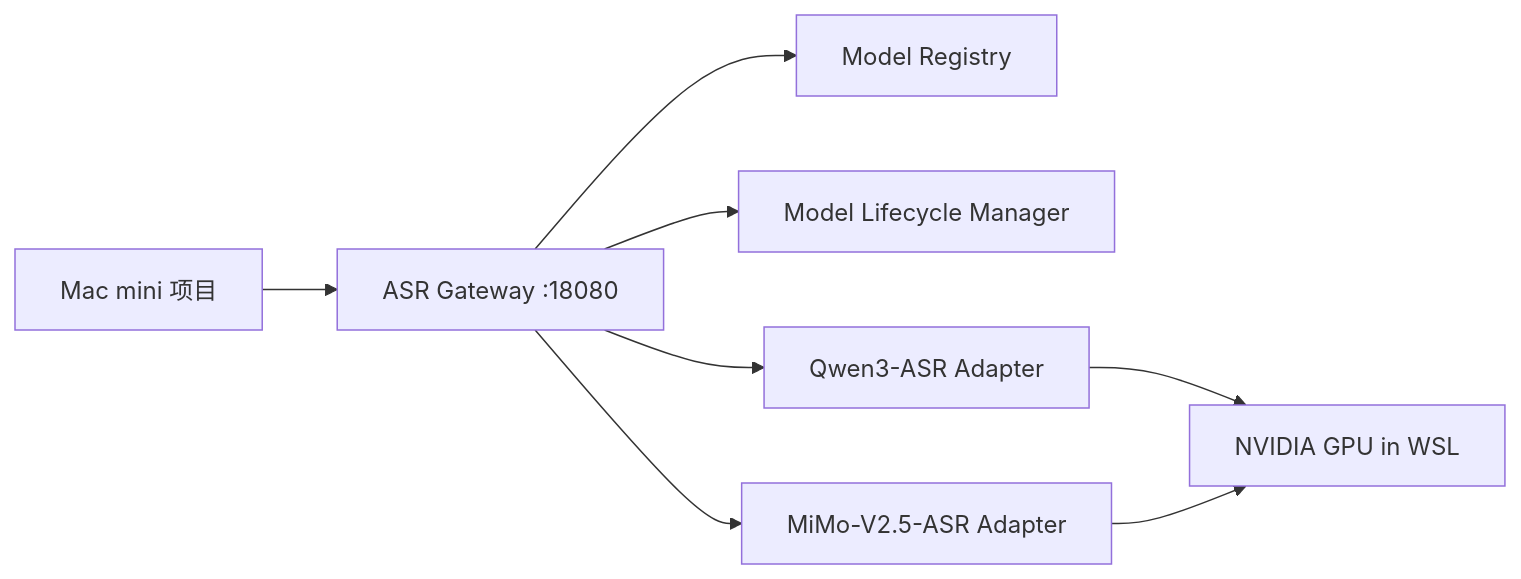
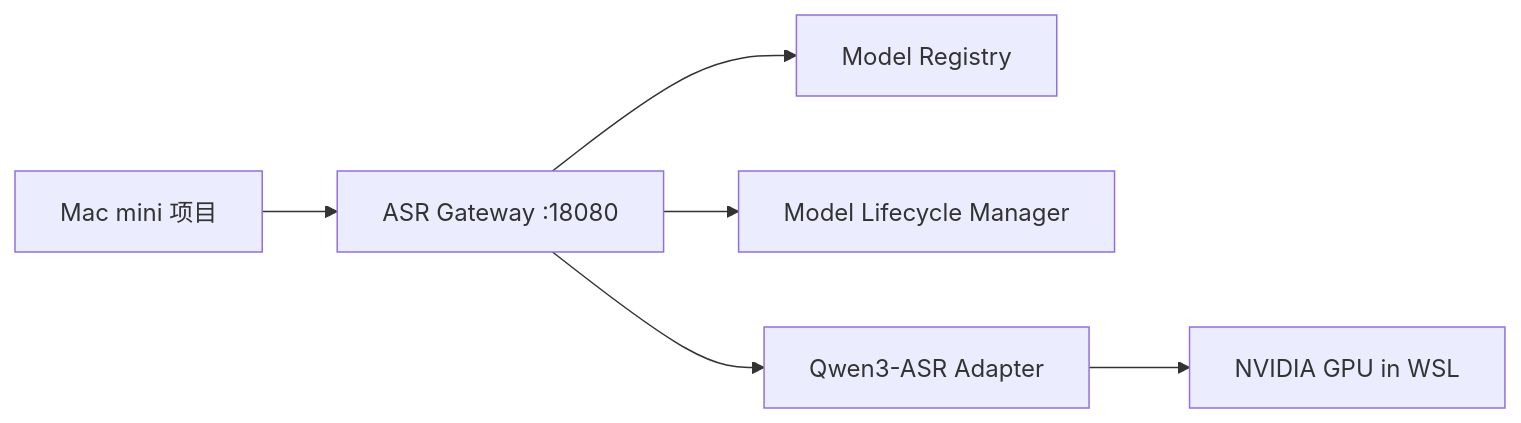
The diagram in docs/asr-server-prd.md (Fragtex254/asr_Server), drawn with Mermaid before and after one commit. The commit also changed other lines of this file and 17 other files, not shown here.

````diff
--- a/docs/asr-server-prd.md
+++ b/docs/asr-server-prd.md
@@ -60,10 +63,8 @@
 ```mermaid
 flowchart LR
   Mac["Mac mini 项目"] --> Gateway["ASR Gateway :18080"]
   Gateway --> Registry["Model Registry"]
   Gateway --> Manager["Model Lifecycle Manager"]
   Gateway --> Qwen["Qwen3-ASR Adapter"]
-  Gateway --> MiMo["MiMo-V2.5-ASR Adapter"]
   Qwen --> GPU["NVIDIA GPU in WSL"]
-  MiMo --> GPU
 ```
````
